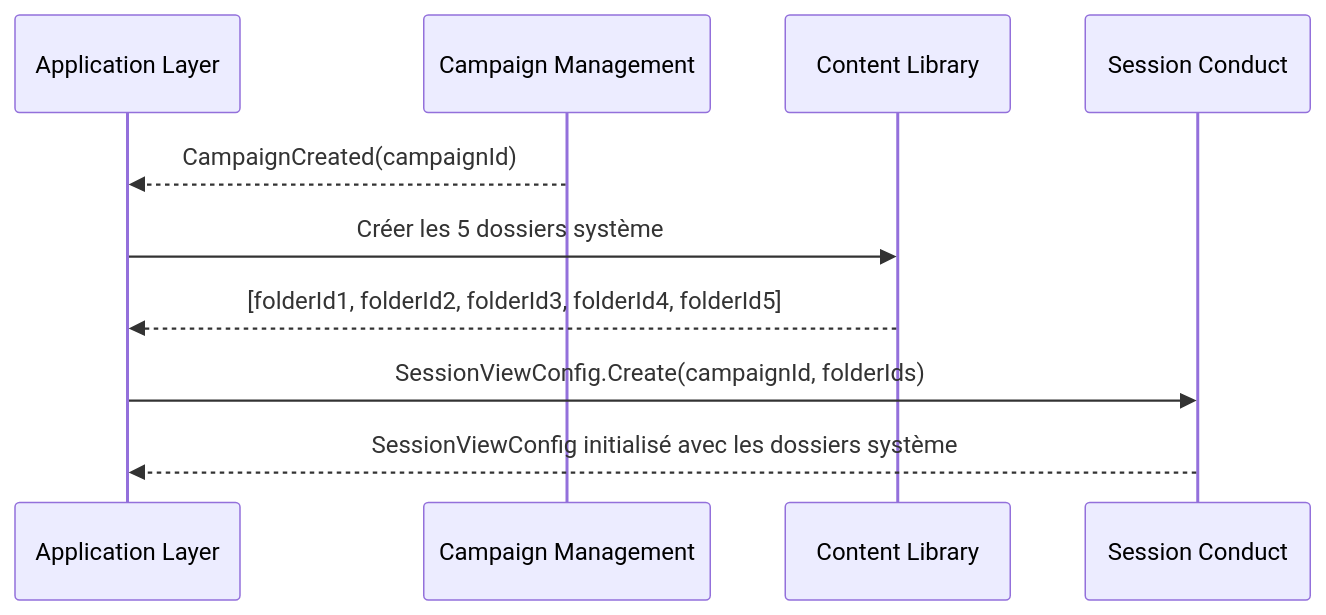
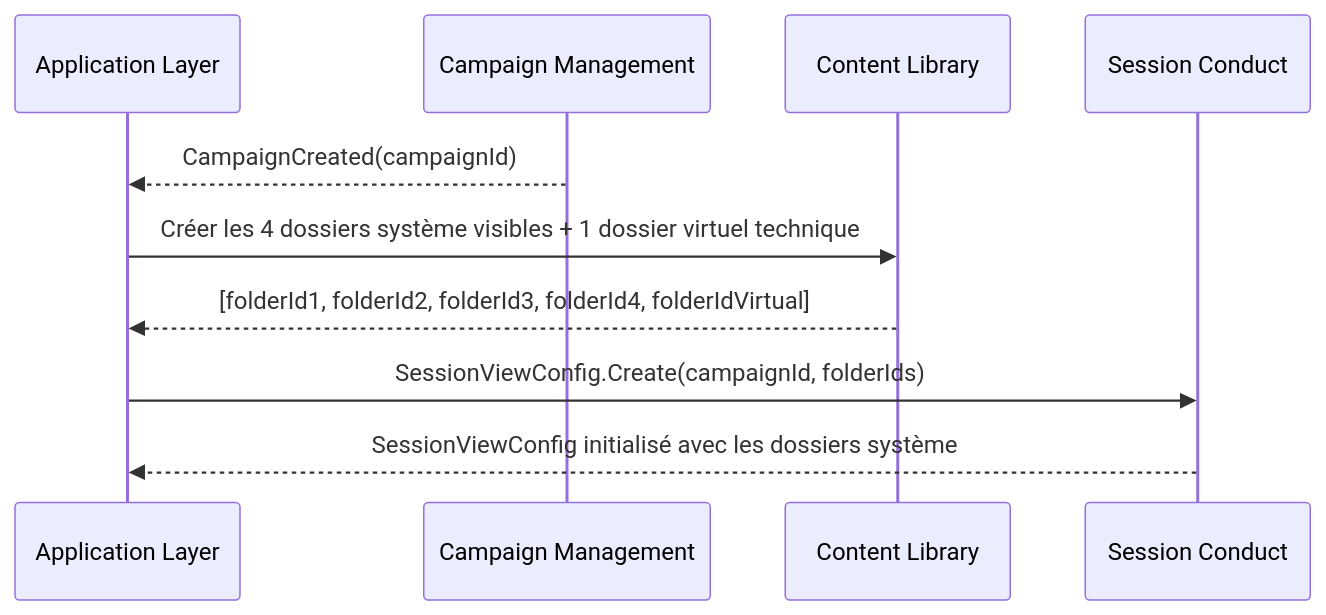
The first of 9 diagrams in docs/conception/domain/diagrams/flows/session-conduct.md (2025-10-CDA-ECO-P6/PM-micro-saas), drawn with Mermaid before and after one commit. The commit also changed 107 other files, not shown here.

````diff
--- a/docs/conception/domain/diagrams/flows/session-conduct.md
+++ b/docs/conception/domain/diagrams/flows/session-conduct.md
@@ -5,13 +5,13 @@
 ```mermaid
 sequenceDiagram
     participant App as Application Layer
     participant CM as Campaign Management
     participant CL as Content Library
     participant SC as Session Conduct
 
     CM-->>App: CampaignCreated(campaignId)
-    App->>CL: Créer les 5 dossiers système
-    CL-->>App: [folderId1, folderId2, folderId3, folderId4, folderId5]
+    App->>CL: Créer les 4 dossiers système visibles + 1 dossier virtuel technique
+    CL-->>App: [folderId1, folderId2, folderId3, folderId4, folderIdVirtual]
     App->>SC: SessionViewConfig.Create(campaignId, folderIds)
     SC-->>App: SessionViewConfig initialisé avec les dossiers système
 ```
````
